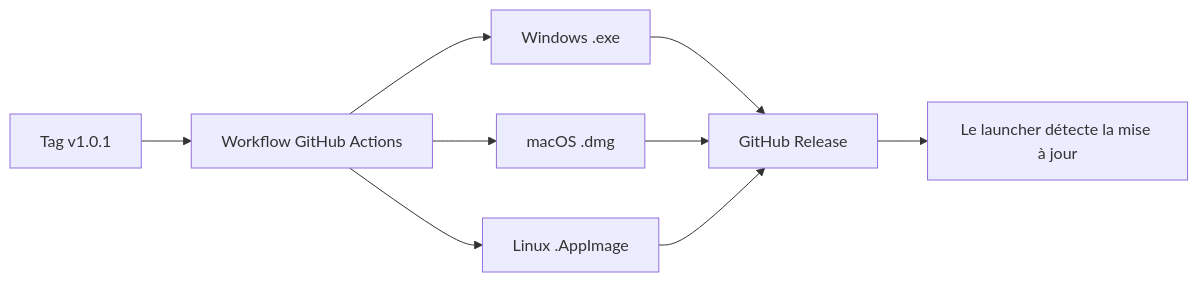
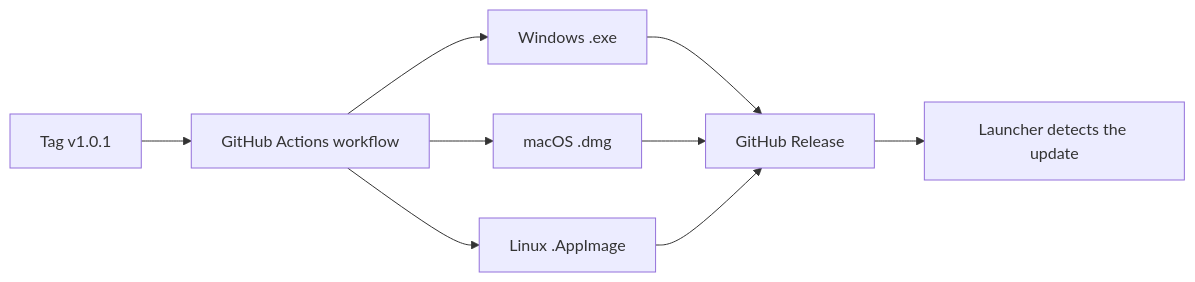
Before and after one commit to youtsuhodev/OpenMC: the diagram in README.md, drawn with Mermaid. The commit also changed other lines of this file, not shown here.

````diff
--- a/README.md
+++ b/README.md
@@ -150,11 +150,11 @@
 ```mermaid
 graph LR
-    A[Tag v1.0.1] --> B[Workflow GitHub Actions]
+    A[Tag v1.0.1] --> B[GitHub Actions workflow]
     B --> C[Windows .exe]
     B --> D[macOS .dmg]
     B --> E[Linux .AppImage]
     C --> F[GitHub Release]
     D --> F
     E --> F
-    F --> G[Le launcher détecte la mise à jour]
+    F --> G[Launcher detects the update]
 ```
````
